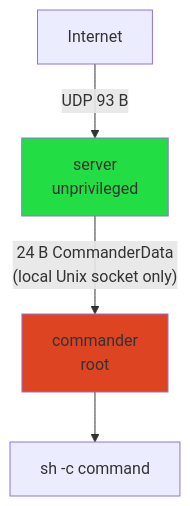
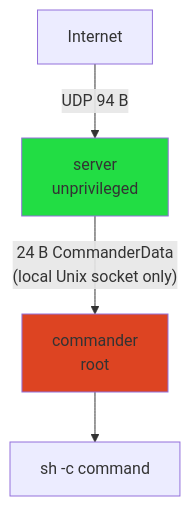
Before and after one commit to beac0n/ruroco: the second of 2 diagrams in docs/src/architecture/security.md, drawn with Mermaid. The commit also changed 2 other files, not shown here.

````diff
--- a/docs/src/architecture/security.md
+++ b/docs/src/architecture/security.md
@@ -88,8 +88,8 @@
 ```mermaid
 flowchart TB
-    Net["Internet"] -->|UDP 93 B| Srv["server<br/>unprivileged"]
+    Net["Internet"] -->|UDP 94 B| Srv["server<br/>unprivileged"]
     Srv -->|"24 B CommanderData<br/>(local Unix socket only)"| Cmd["commander<br/>root"]
     Cmd --> Sh["sh -c command"]
     style Srv fill:#2d4
     style Cmd fill:#d42
 ```
````
